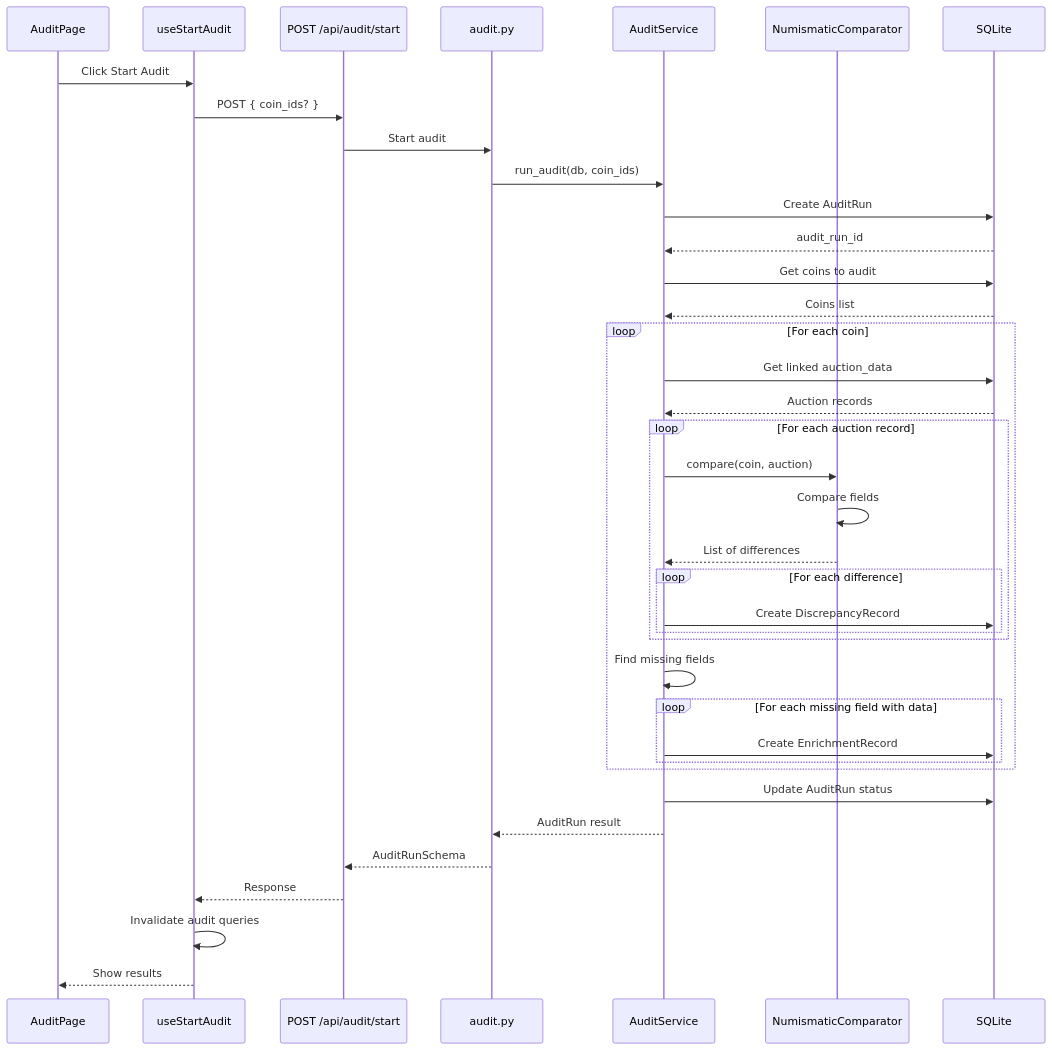
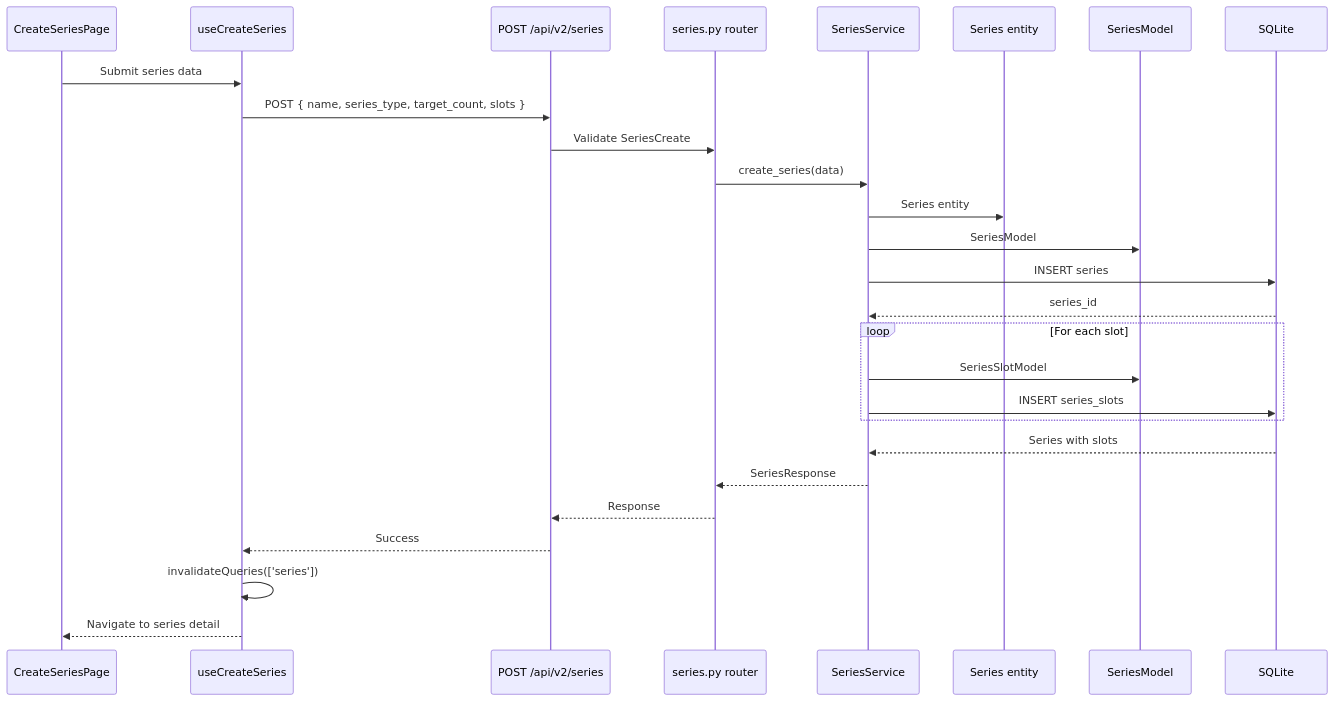
The sixth of 18 diagrams in docs/ai-guide/06-DATA-FLOWS.md (isayev/coinstack), drawn with Mermaid before and after one commit. The commit also changed other lines of this file and 6 other files, not shown here.

````diff
--- a/docs/ai-guide/06-DATA-FLOWS.md
+++ b/docs/ai-guide/06-DATA-FLOWS.md
@@ -185,43 +248,32 @@
 ```mermaid
 sequenceDiagram
-    participant UI as AuditPage
-    participant Hook as useStartAudit
-    participant API as POST /api/audit/start
-    participant Router as audit.py
-    participant Service as AuditService
-    participant Comp as NumismaticComparator
+    participant UI as CreateSeriesPage
+    participant Hook as useCreateSeries
+    participant API as POST /api/v2/series
+    participant Router as series.py router
+    participant Service as SeriesService
+    participant Domain as Series entity
+    participant ORM as SeriesModel
     participant DB as SQLite
 
-    UI->>Hook: Click Start Audit
-    Hook->>API: POST { coin_ids? }
-    API->>Router: Start audit
-    Router->>Service: run_audit(db, coin_ids)
-    Service->>DB: Create AuditRun
-    DB-->>Service: audit_run_id
-    Service->>DB: Get coins to audit
-    DB-->>Service: Coins list
-    
-    loop For each coin
-        Service->>DB: Get linked auction_data
-        DB-->>Service: Auction records
-        loop For each auction record
-            Service->>Comp: compare(coin, auction)
-            Comp->>Comp: Compare fields
-            Comp-->>Service: List of differences
-            loop For each difference
-                Service->>DB: Create DiscrepancyRecord
-            end
-        end
-        Service->>Service: Find missing fields
-        loop For each missing field with data
-            Service->>DB: Create EnrichmentRecord
-        end
+    UI->>Hook: Submit series data
+    Hook->>API: POST { name, series_type, target_count, slots }
+    API->>Router: Validate SeriesCreate
+    Router->>Service: create_series(data)
+    Service->>Domain: Series entity
+    Service->>ORM: SeriesModel
+    Service->>DB: INSERT series
+    DB-->>Service: series_id
+
+    loop For each slot
+        Service->>ORM: SeriesSlotModel
+        Service->>DB: INSERT series_slots
     end
-    
-    Service->>DB: Update AuditRun status
-    Service-->>Router: AuditRun result
-    Router-->>API: AuditRunSchema
-    API-->>Hook: Response
-    Hook->>Hook: Invalidate audit queries
-    Hook-->>UI: Show results
+
+    DB-->>Service: Series with slots
+    Service-->>Router: SeriesResponse
+    Router-->>API: Response
+    API-->>Hook: Success
+    Hook->>Hook: invalidateQueries(['series'])
+    Hook-->>UI: Navigate to series detail
 ```
````
